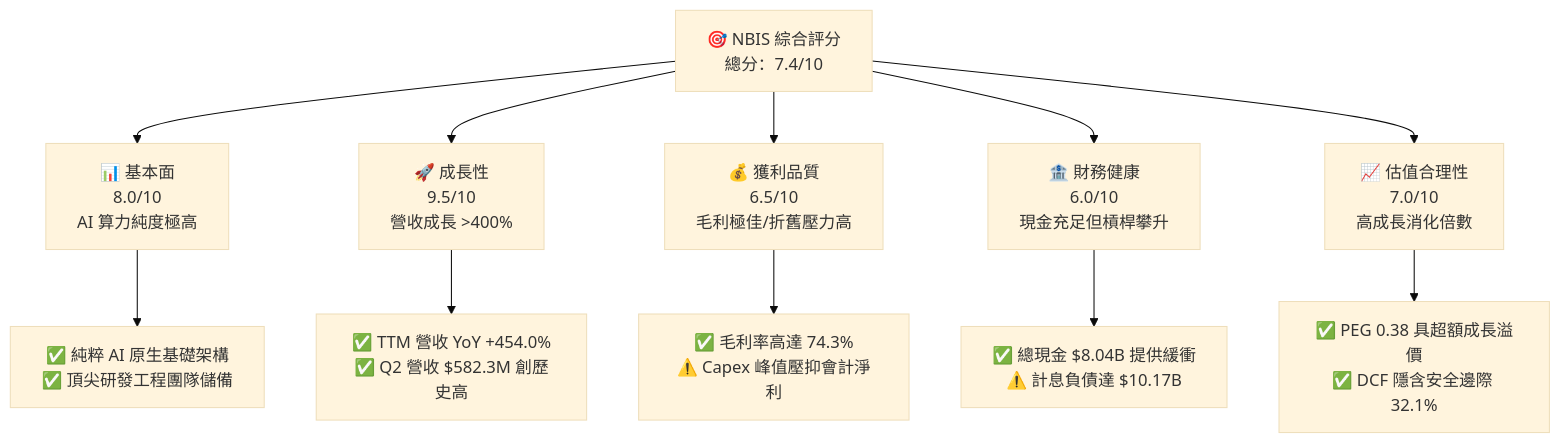
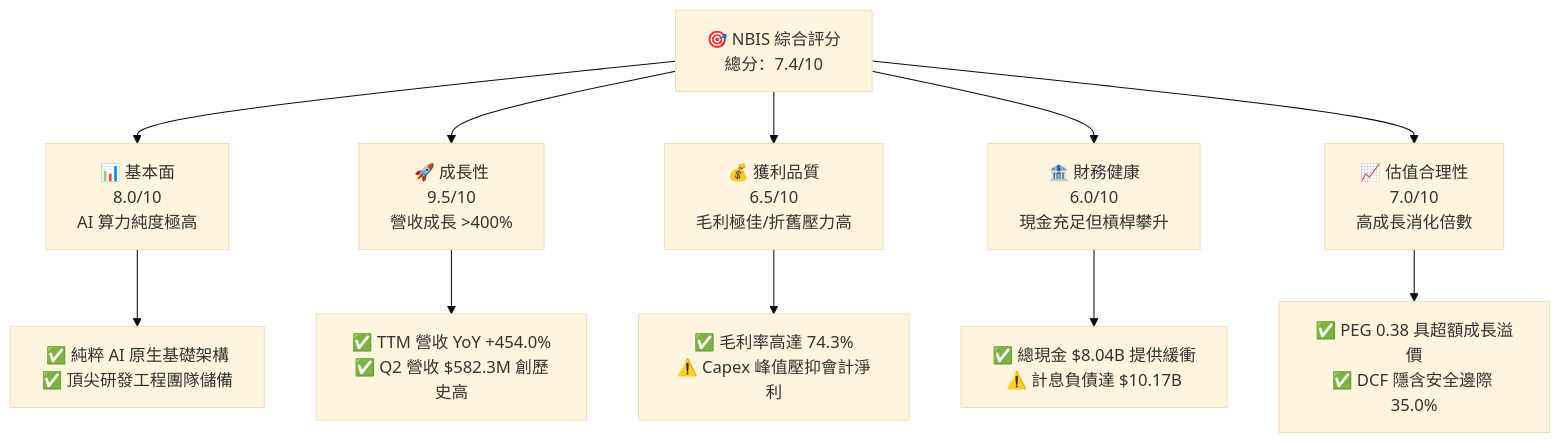
One commit to yennanliu/finance_data changed the first of 15 diagrams in ai_gen_report/fundamental/nbis/fundamental_analysis_2026-10-20_gemini.md. Above: the diagram before and after it, drawn with Mermaid (base theme). The commit also changed other lines of this file and 339 other files, not shown here.

````diff
--- a/ai_gen_report/fundamental/nbis/fundamental_analysis_2026-10-20_gemini.md
+++ b/ai_gen_report/fundamental/nbis/fundamental_analysis_2026-10-20_gemini.md
@@ -60,22 +67,22 @@
 ```mermaid
 graph TD
     TICKER["🎯 NBIS 綜合評分<br/>總分：7.4/10"]
 
     F["📊 基本面<br/>8.0/10<br/>AI 算力純度極高"]
     G["🚀 成長性<br/>9.5/10<br/>營收成長 >400%"]
     P["💰 獲利品質<br/>6.5/10<br/>毛利極佳/折舊壓力高"]
     B["🏦 財務健康<br/>6.0/10<br/>現金充足但槓桿攀升"]
     V["📈 估值合理性<br/>7.0/10<br/>高成長消化倍數"]
 
     TICKER --> F
     TICKER --> G
     TICKER --> P
     TICKER --> B
     TICKER --> V
 
     F --> F1["✅ 純粹 AI 原生基礎架構<br/>✅ 頂尖研發工程團隊儲備"]
     G --> G1["✅ TTM 營收 YoY +454.0%<br/>✅ Q2 營收 $582.3M 創歷史高"]
     P --> P1["✅ 毛利率高達 74.3%<br/>⚠️ Capex 峰值壓抑會計淨利"]
     B --> B1["✅ 總現金 $8.04B 提供緩衝<br/>⚠️ 計息負債達 $10.17B"]
-    V --> V1["✅ PEG 0.38 具超額成長溢價<br/>✅ DCF 隱含安全邊際 32.1%"]
+    V --> V1["✅ PEG 0.38 具超額成長溢價<br/>✅ DCF 隱含安全邊際 35.0%"]
 ```
````
